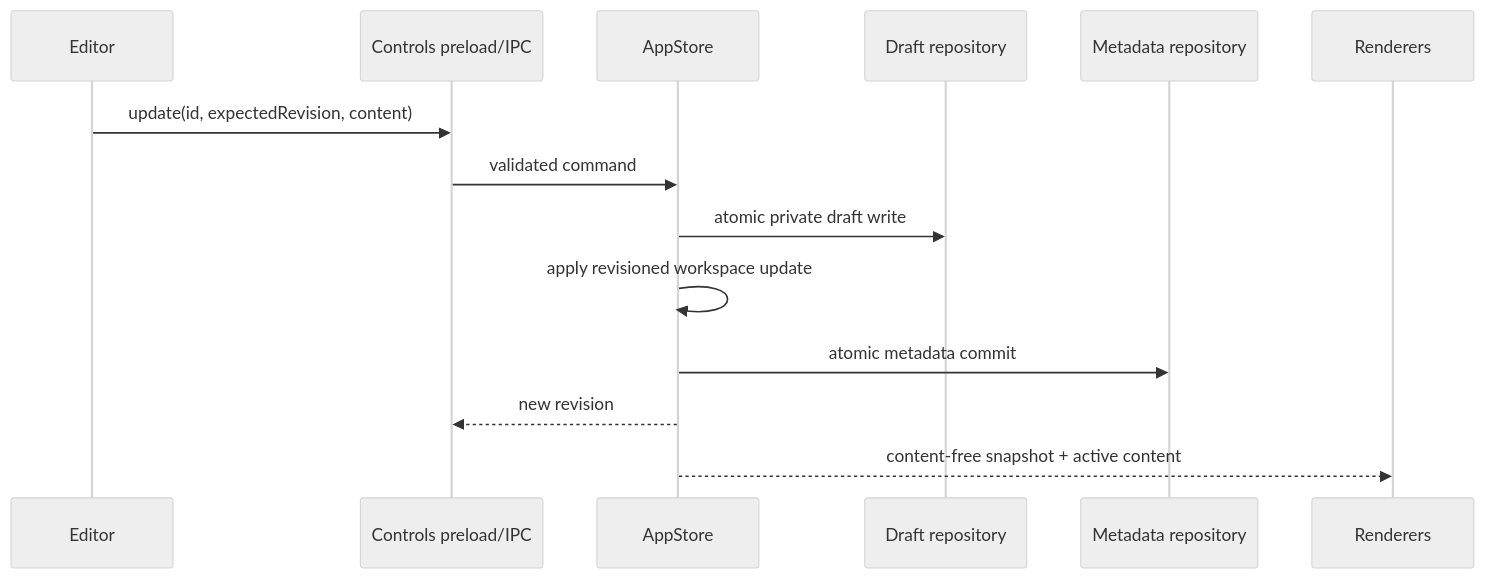
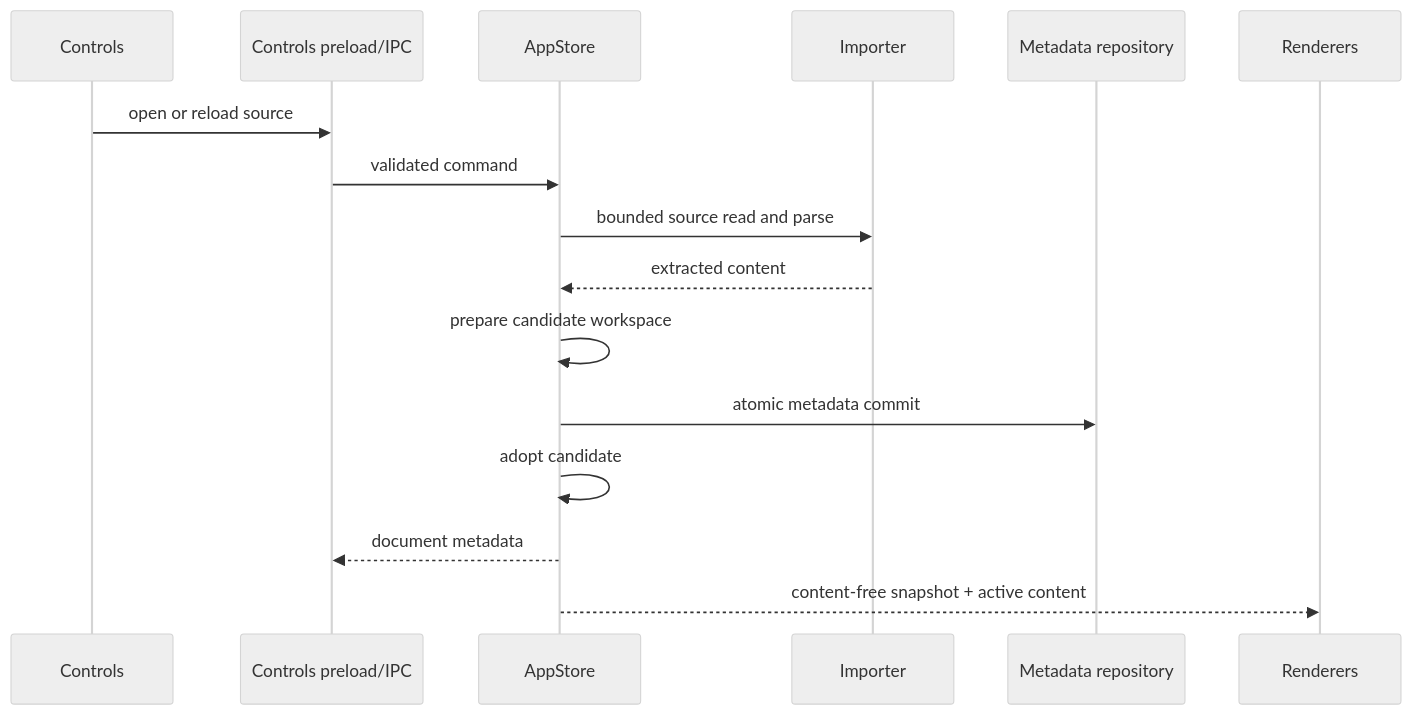
The second of 2 diagrams in docs/ARCHITECTURE.md (astoreyai/teleprompt), drawn with Mermaid (neutral theme) before and after one commit. The commit also changed other lines of this file and 86 other files, not shown here.

````diff
--- a/docs/ARCHITECTURE.md
+++ b/docs/ARCHITECTURE.md
@@ -61,16 +59,18 @@
 ```mermaid
 sequenceDiagram
-  participant E as Editor
+  participant C as Controls
   participant I as Controls preload/IPC
   participant S as AppStore
-  participant D as Draft repository
+  participant P as Importer
   participant M as Metadata repository
   participant R as Renderers
-  E->>I: update(id, expectedRevision, content)
+  C->>I: open or reload source
   I->>S: validated command
-  S->>D: atomic private draft write
-  S->>S: apply revisioned workspace update
+  S->>P: bounded source read and parse
+  P-->>S: extracted content
+  S->>S: prepare candidate workspace
   S->>M: atomic metadata commit
-  S-->>I: new revision
+  S->>S: adopt candidate
+  S-->>I: document metadata
   S-->>R: content-free snapshot + active content
 ```
````
